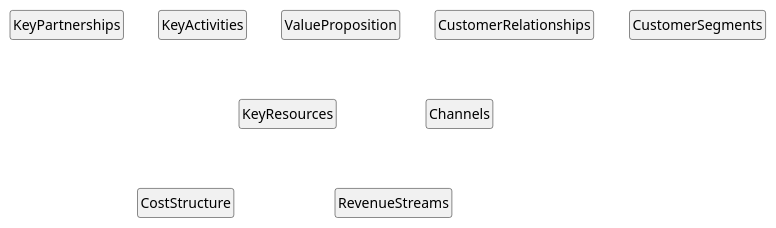
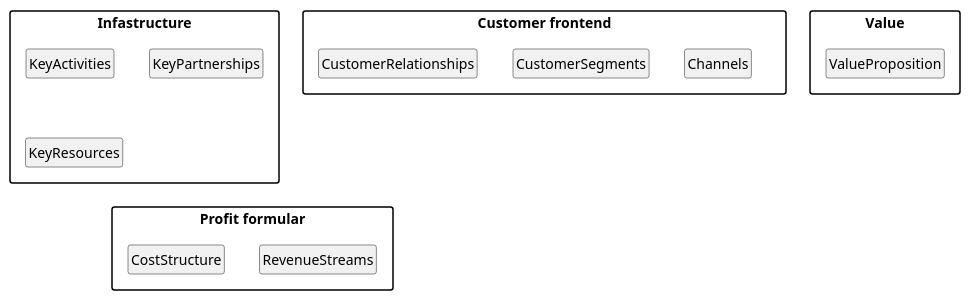
One commit to FilipMeldal/Team1A changed the diagram in Systemudvikling 2. sem/FML - Template.plantuml. Above: the diagram before and after it, drawn with PlantUML.

Commit message:
Updatet fml template

```diff
--- a/Systemudvikling 2. sem/FML - Template.plantuml
+++ b/Systemudvikling 2. sem/FML - Template.plantuml
@@ -1,59 +1,74 @@
 @startuml
 hide circle
 hide empty members
+skinparam PackageStyle rectangle
 
-class KeyPartnerships
+package "Infastructure"
 {
+    class KeyPartnerships
+    {
+        
+    }
+
+    class KeyActivities
+    {
     
+    }
+
+    class KeyResources
+    {
+    }
 }
 
-class KeyActivities
+package "Customer frontend"
 {
-   
+    class CustomerRelationships
+    {
+
+    }
+    class Channels
+    {
+
+    }
+    class CustomerSegments
+    {
+    }
 }
 
-class ValueProposition
+package "Value"
 {
+    class ValueProposition
+    {
 
-}
-class CustomerRelationships
-{
-
-}
-class Channels
-{
-
-}
-class CustomerSegments
-{
-
-}
-class CostStructure
-{
-}
-class RevenueStreams
-{
+    }
 }
 
-class KeyResources
+package "Profit formular"
 {
+    class CostStructure
+    {
+    }
+    class RevenueStreams
+    {
+    }
 }
-
 KeyPartnerships -[hidden]right-> KeyActivities
 KeyActivities -[hidden]right-> ValueProposition
 KeyActivities -[hidden]down-> CostStructure
 
 ValueProposition -[hidden]right-> CustomerRelationships
 CustomerRelationships -[hidden]right-> Channels
 KeyPartnerships -[hidden]down-> CostStructure
 
 KeyActivities -[hidden]down-> KeyResources
 KeyResources -[hidden]down-> CostStructure
 
 Channels -[hidden]down-> Channels
 Channels -[hidden]down-> RevenueStreams
 CustomerRelationships -[hidden]right-> CustomerSegments
 KeyResources -[hidden]down-> RevenueStreams
 
 ValueProposition -[hidden]right-> CustomerSegments
+
+
 @enduml
```
